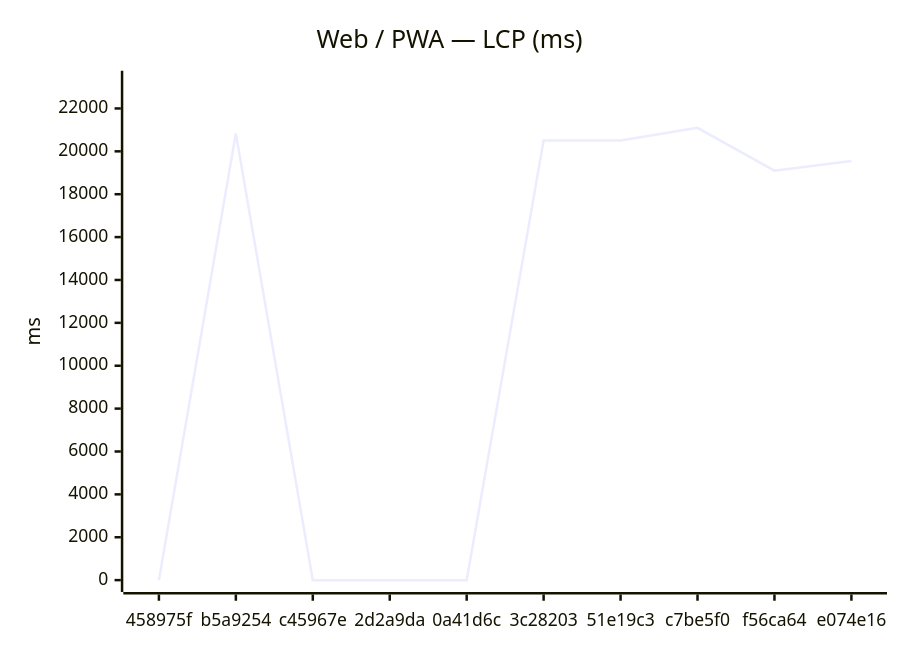
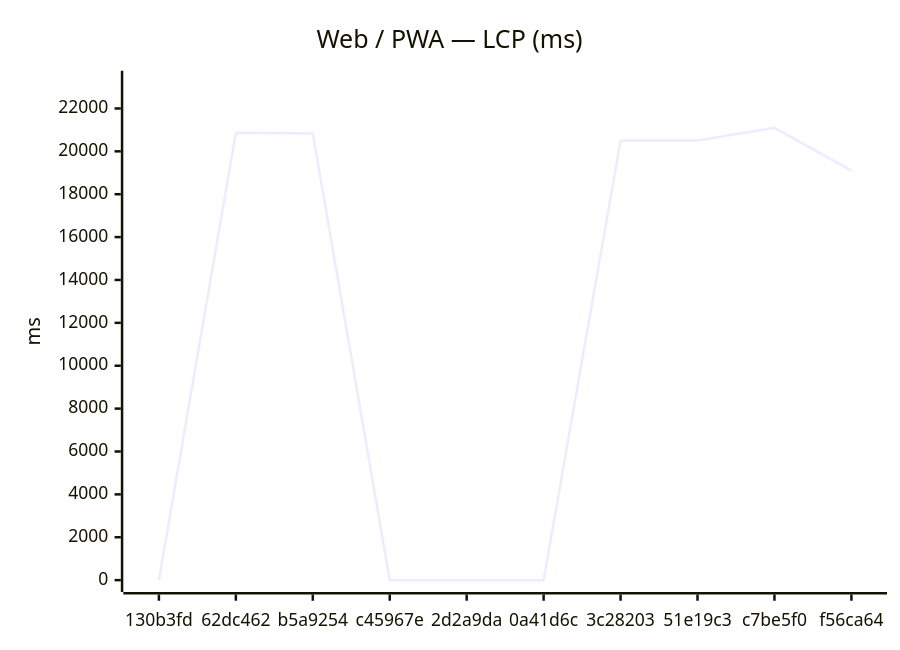
Before and after one commit to Metaheurist/Rianell: the first of 18 diagrams in benchmarks/compare.md, drawn with Mermaid. The commit also changed other lines of this file and 11 other files, not shown here.

````diff
--- a/benchmarks/compare.md
+++ b/benchmarks/compare.md
@@ -24,7 +24,7 @@
 ```mermaid
 xychart-beta
     title "Web / PWA — LCP (ms)"
-    x-axis ["458975f", "b5a9254", "c45967e", "2d2a9da", "0a41d6c", "3c28203", "51e19c3", "c7be5f0", "f56ca64", "e074e16"]
+    x-axis ["130b3fd", "62dc462", "b5a9254", "c45967e", "2d2a9da", "0a41d6c", "3c28203", "51e19c3", "c7be5f0", "f56ca64"]
     y-axis "ms" 0 --> 23205
-    line [0, 20837, 0, 0, 0, 20503, 20509, 21095, 19101, 19549]
+    line [0, 20871, 20837, 0, 0, 0, 20503, 20509, 21095, 19101]
 ```
````
